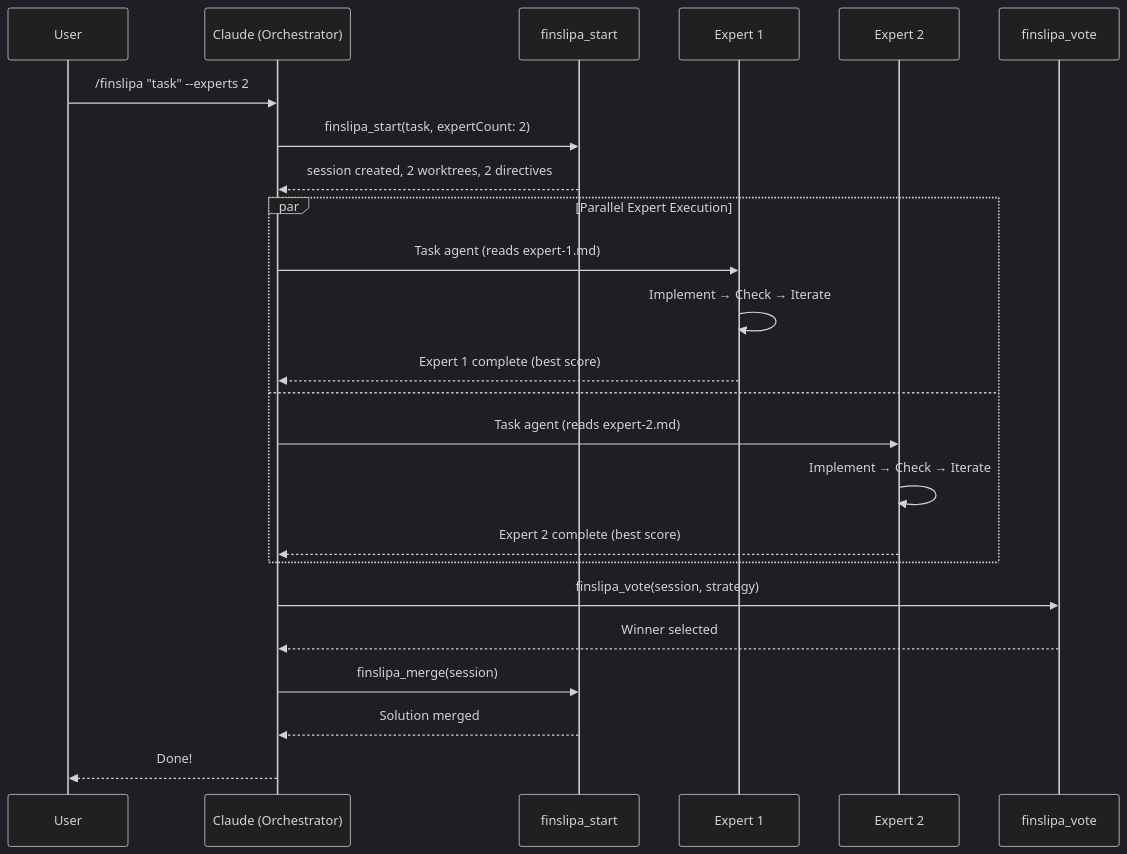
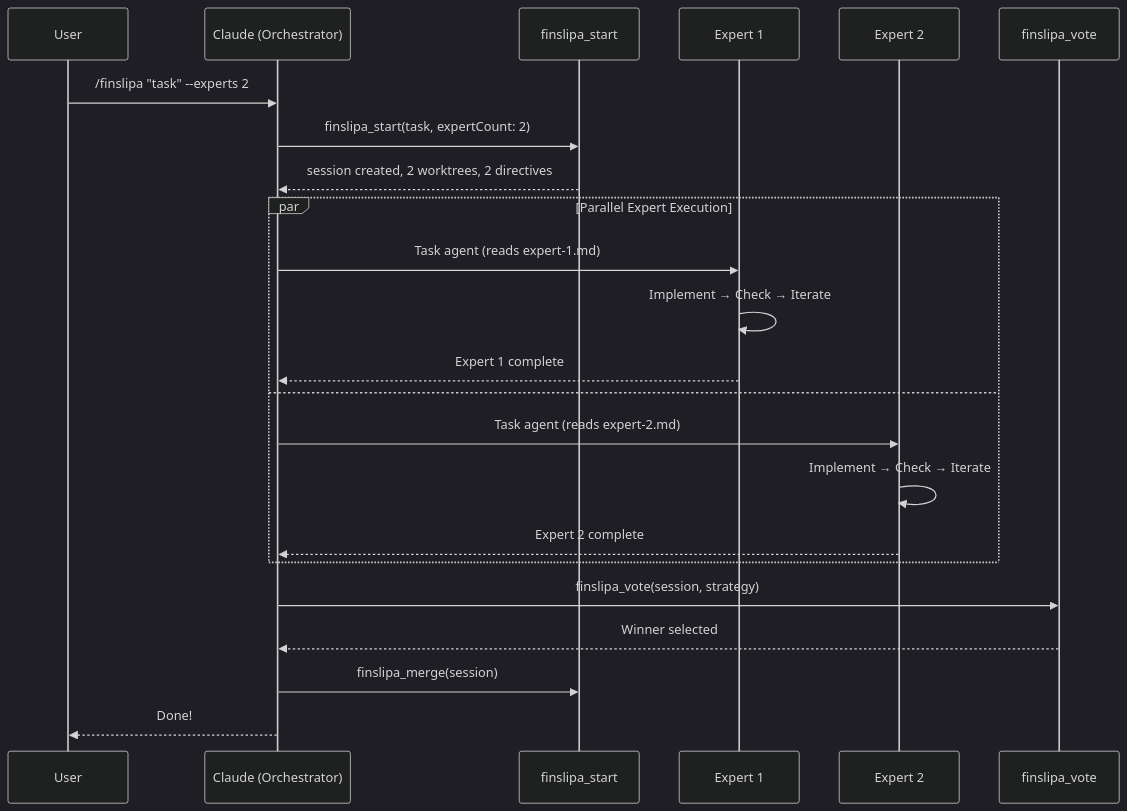
The second of 2 diagrams in docs/spec-cc.md (jgabor/finsliparn), drawn with Mermaid (dark theme) before and after one commit. The commit also changed other lines of this file and 1 other file, not shown here.

````diff
--- a/docs/spec-cc.md
+++ b/docs/spec-cc.md
@@ -1173,29 +394,28 @@
 ```mermaid
 sequenceDiagram
     participant User
     participant Orchestrator as Claude (Orchestrator)
     participant MCP as finslipa_start
     participant E1 as Expert 1
     participant E2 as Expert 2
     participant Vote as finslipa_vote
 
     User->>Orchestrator: /finslipa "task" --experts 2
     Orchestrator->>MCP: finslipa_start(task, expertCount: 2)
     MCP-->>Orchestrator: session created, 2 worktrees, 2 directives
 
     par Parallel Expert Execution
         Orchestrator->>E1: Task agent (reads expert-1.md)
         E1->>E1: Implement → Check → Iterate
-        E1-->>Orchestrator: Expert 1 complete (best score)
+        E1-->>Orchestrator: Expert 1 complete
     and
         Orchestrator->>E2: Task agent (reads expert-2.md)
         E2->>E2: Implement → Check → Iterate
-        E2-->>Orchestrator: Expert 2 complete (best score)
+        E2-->>Orchestrator: Expert 2 complete
     end
 
     Orchestrator->>Vote: finslipa_vote(session, strategy)
     Vote-->>Orchestrator: Winner selected
     Orchestrator->>MCP: finslipa_merge(session)
-    MCP-->>Orchestrator: Solution merged
     Orchestrator-->>User: Done!
 ```
````
